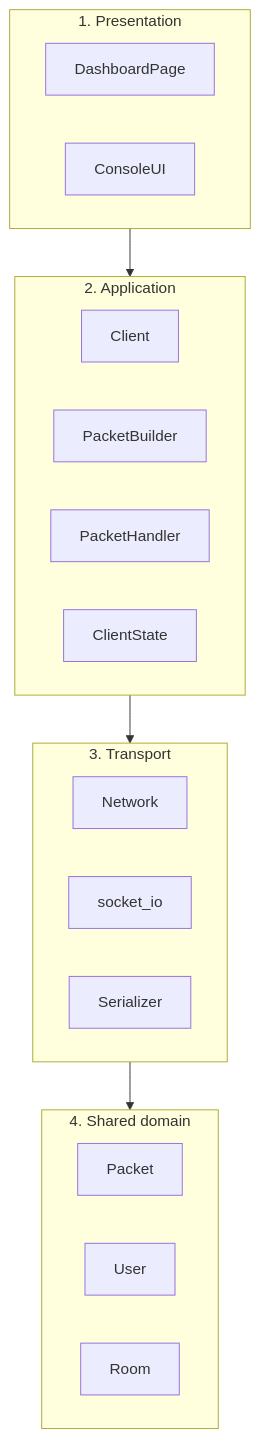
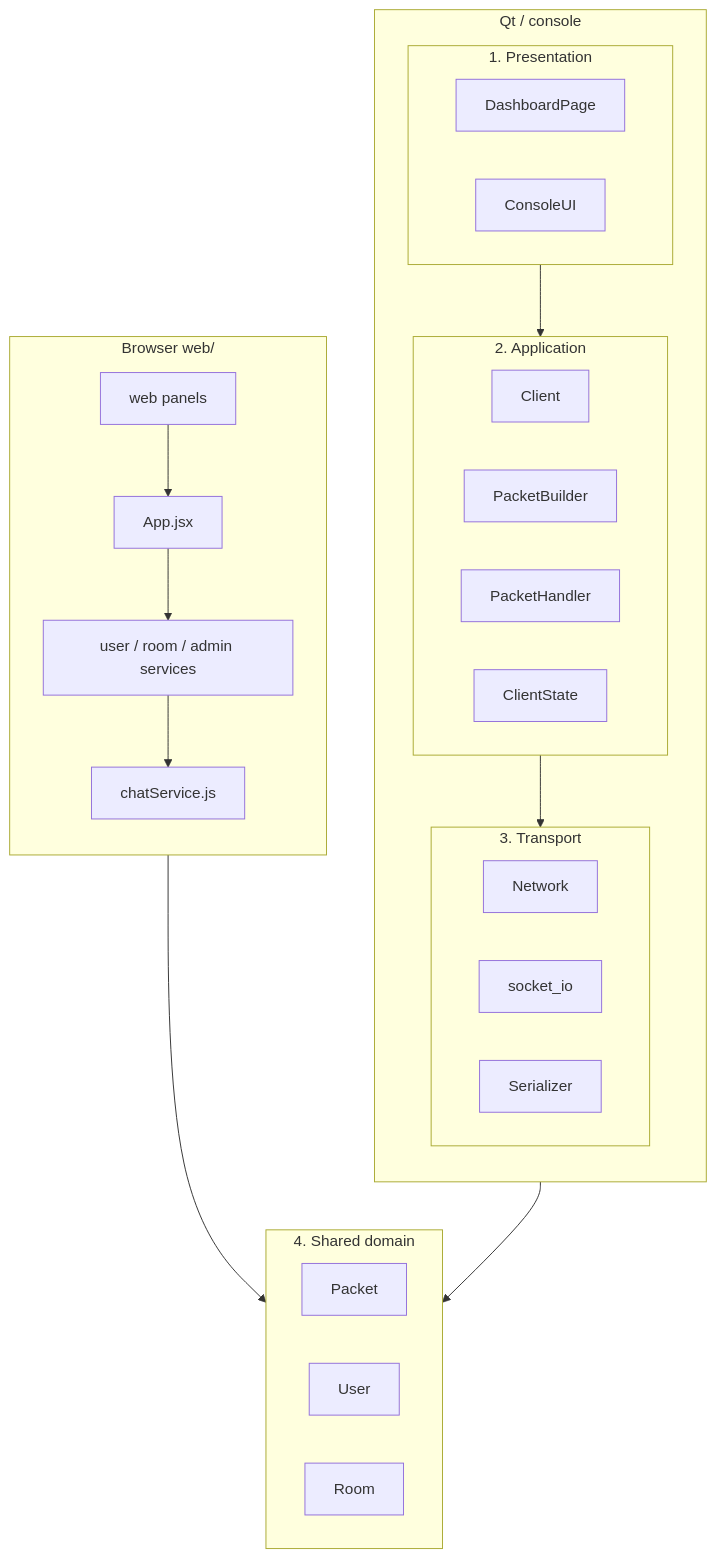
One commit to OmriSpitzer/Distributed-Chat-Server changed the second of 5 diagrams in architecture.md. Above: the diagram before and after it, drawn with Mermaid. The commit also changed other lines of this file and 11 other files, not shown here.

````diff
--- a/architecture.md
+++ b/architecture.md
@@ -82,34 +82,46 @@
 ```mermaid
 flowchart TB
-  subgraph C_L1["1. Presentation"]
-    direction LR
-    DashboardPage
-    ConsoleUI
+  subgraph Desktop["Qt / console"]
+    direction TB
+    subgraph C_L1["1. Presentation"]
+      direction LR
+      DashboardPage
+      ConsoleUI
+    end
+
+    subgraph C_L2["2. Application"]
+      direction LR
+      Client
+      PacketBuilder
+      PacketHandler
+      ClientState
+    end
+
+    subgraph C_L3["3. Transport"]
+      direction LR
+      Network
+      socket_io
+      Serializer
+    end
+
+    C_L1 --> C_L2
+    C_L2 --> C_L3
   end
 
-  subgraph C_L2["2. Application"]
-    direction LR
-    Client
-    PacketBuilder
-    PacketHandler
-    ClientState
-  end
-
-  subgraph C_L3["3. Transport"]
-    direction LR
-    Network
-    socket_io
-    Serializer
+  subgraph Web["Browser web/"]
+    direction TB
+    Panels["web panels"] --> AppJs["App.jsx"]
+    AppJs --> WebServices["user / room / admin services"]
+    WebServices --> ChatService["chatService.js"]
   end
 
   subgraph C_L4["4. Shared domain"]
     direction LR
     Packet
     User
     Room
   end
 
-  C_L1 --> C_L2
-  C_L2 --> C_L3
-  C_L3 --> C_L4
+  Serializer --> Packet
+  ChatService --> Packet
 ```
````
